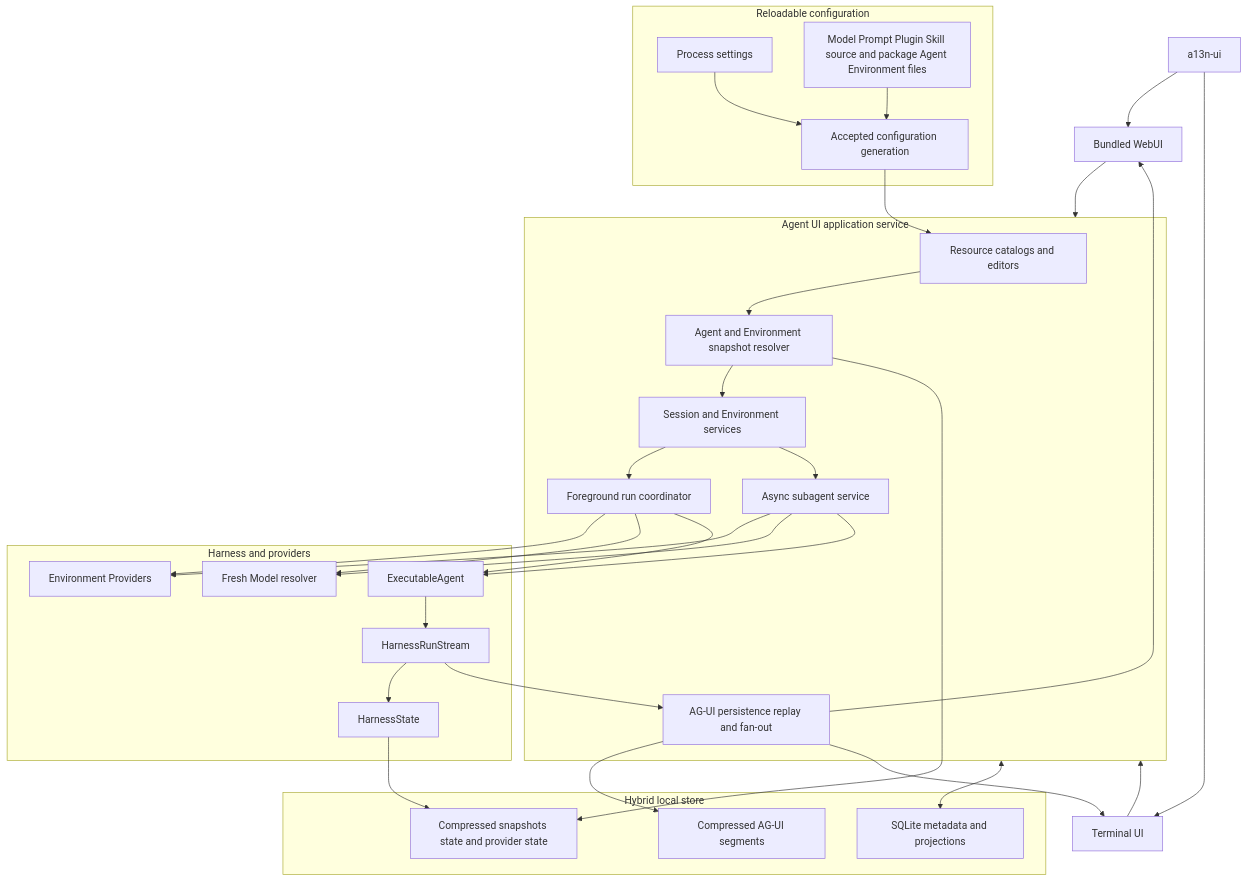
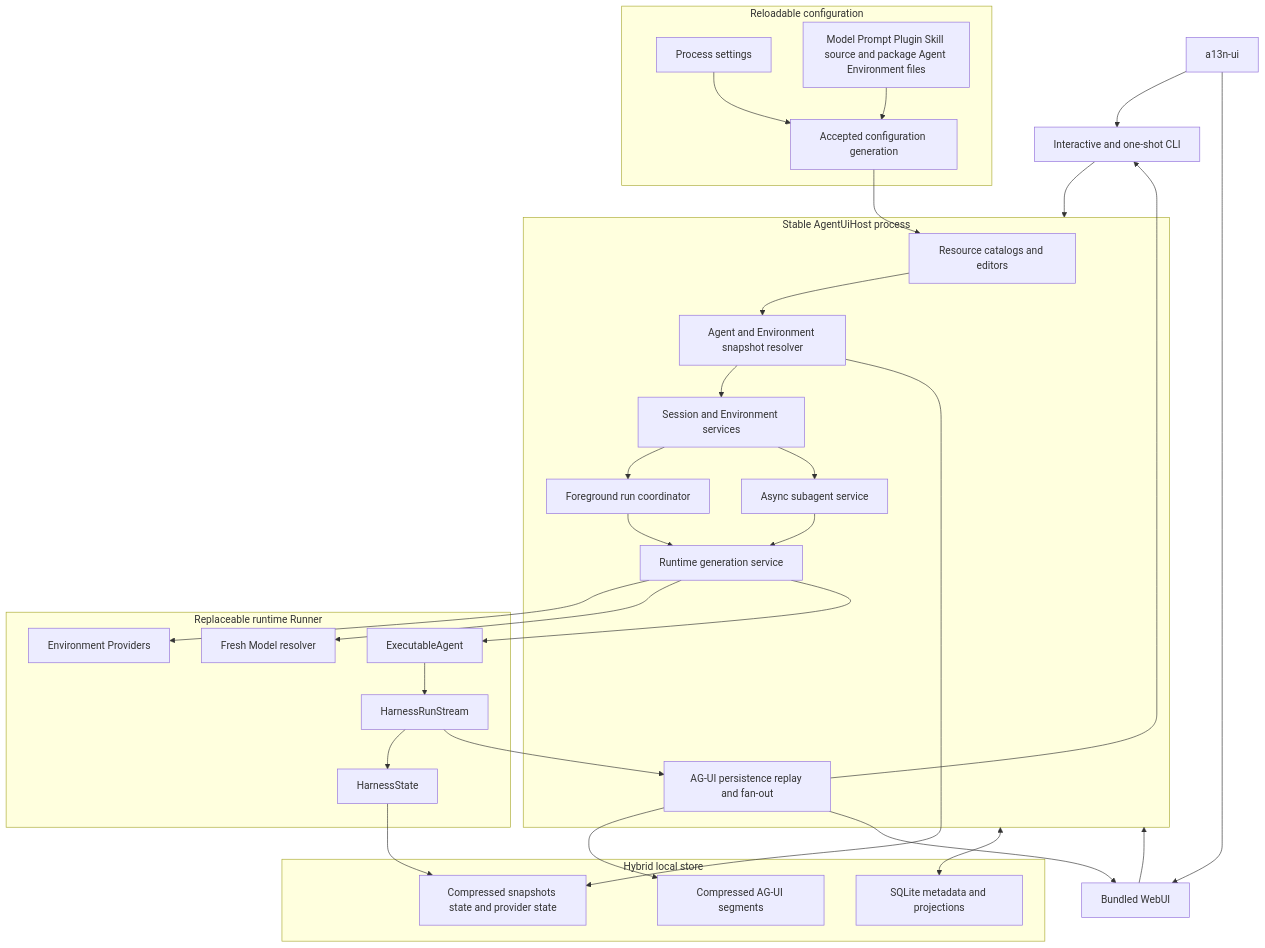
The second of 3 diagrams in spec/agent-ui/00-overview.md (LTThreeComma/agent-foundation), drawn with Mermaid before and after one commit. The commit also changed other lines of this file and 67 other files, not shown here.

Commit message:
feat(agent-ui): add runtime generation supervision (#45)

````diff
--- a/spec/agent-ui/00-overview.md
+++ b/spec/agent-ui/00-overview.md
@@ -73,51 +73,53 @@
 ```mermaid
 flowchart TB
-    CLI[a13n-ui]
+    Entry[a13n-ui]
     Web[Bundled WebUI]
-    TUI[Terminal UI]
+    CLI[Interactive and one-shot CLI]
 
     subgraph Configuration[Reloadable configuration]
         Settings[Process settings]
         Definitions[Model Prompt Plugin Skill source and package Agent Environment files]
         Generation[Accepted configuration generation]
     end
 
-    subgraph App[Agent UI application service]
+    subgraph Host[Stable AgentUiHost process]
         Catalogs[Resource catalogs and editors]
         Resolver[Agent and Environment snapshot resolver]
         Sessions[Session and Environment services]
         Runs[Foreground run coordinator]
         Jobs[Async subagent service]
         Events[AG-UI persistence replay and fan-out]
+        RuntimeRouter[Runtime generation service]
     end
 
     subgraph Store[Hybrid local store]
         DB[SQLite metadata and projections]
         Objects[Compressed snapshots state and provider state]
         Segments[Compressed AG-UI segments]
     end
 
-    subgraph Runtime[Harness and providers]
+    subgraph Runtime[Replaceable runtime Runner]
         Provider[Environment Providers]
         Model[Fresh Model resolver]
         Executable[ExecutableAgent]
         Stream[HarnessRunStream]
         State[HarnessState]
     end
 
     Settings & Definitions --> Generation --> Catalogs
-    CLI --> Web
-    CLI --> TUI
-    Web & TUI --> App
+    Entry --> CLI
+    Entry --> Web
+    Web & CLI --> Host
     Catalogs --> Resolver
     Resolver --> Sessions
     Sessions --> Runs & Jobs
-    App <--> DB
+    Host <--> DB
     Resolver --> Objects
-    Runs & Jobs --> Provider
-    Runs & Jobs --> Model
-    Runs & Jobs --> Executable --> Stream --> State
+    Runs & Jobs --> RuntimeRouter
+    RuntimeRouter --> Provider
+    RuntimeRouter --> Model
+    RuntimeRouter --> Executable --> Stream --> State
     State --> Objects
     Stream --> Events --> Segments
-    Events --> Web & TUI
+    Events --> Web & CLI
 ```
````
